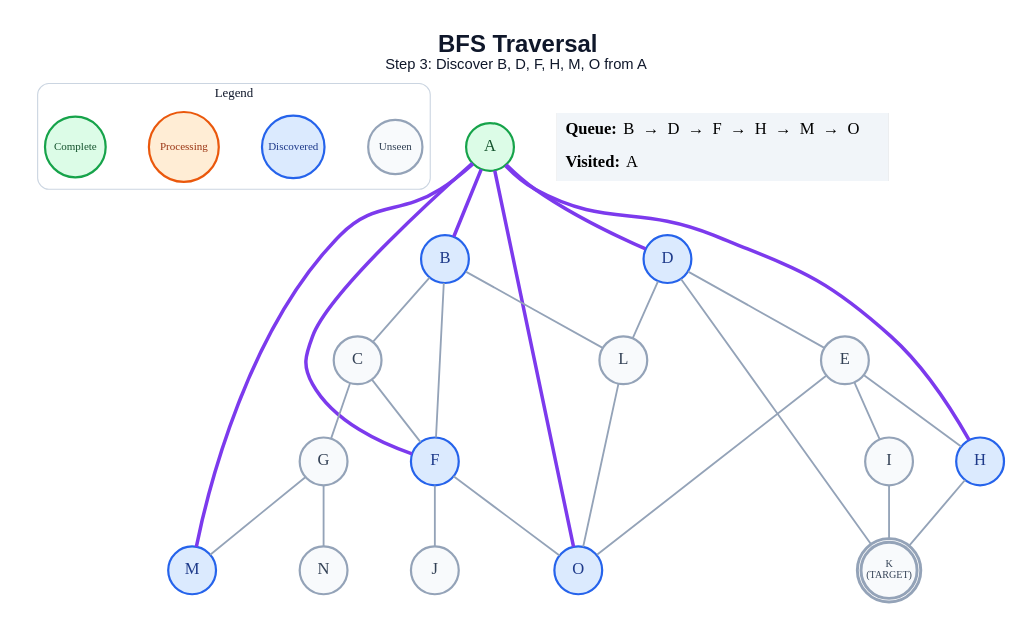
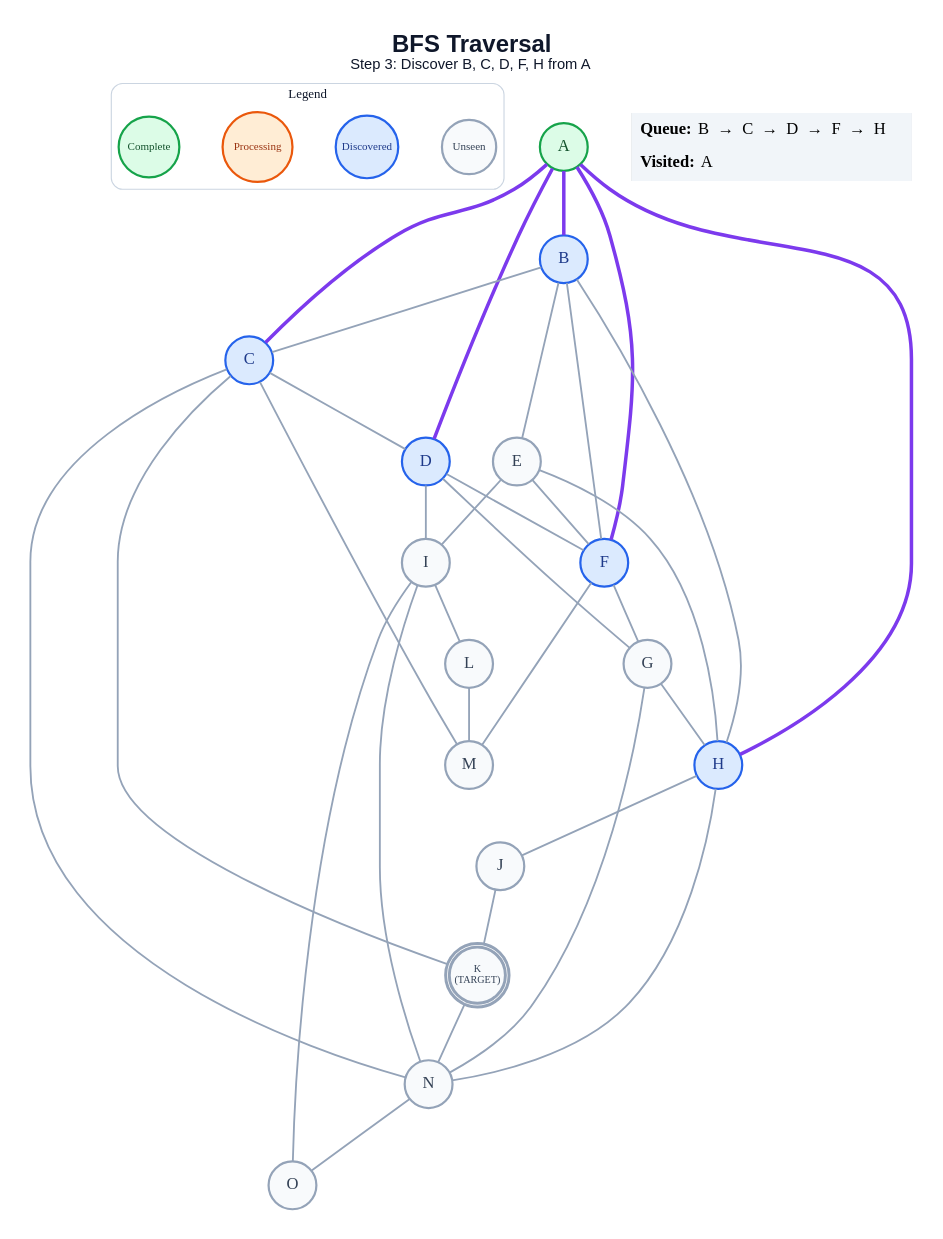
One commit to anon7238593-create/ai-slop changed the diagram in generated/bfs/step_03.dot. Above: the diagram before and after it, drawn with Graphviz. The commit also changed 249 other files, not shown here.

```diff
--- a/generated/bfs/step_03.dot
+++ b/generated/bfs/step_03.dot
@@ -1,58 +1,66 @@
 graph traversal {
   graph [layout=dot, rankdir=TB, bgcolor="#FFFFFF", pad="0.35", nodesep="0.65", ranksep="0.8", fontname="Arial"];
   node [shape=circle, style="filled", fontname="Arial Bold", fontsize=18, width=0.72, fixedsize=true, penwidth=2.4];
   edge [color="#94A3B8", penwidth=2.0];
-  label=<<B>BFS Traversal</B><BR/><FONT POINT-SIZE="16">Step 3: Discover B, D, F, H, M, O from A</FONT>>; labelloc="t"; fontsize=26; fontname="Arial"; fontcolor="#0F172A";
+  label=<<B>BFS Traversal</B><BR/><FONT POINT-SIZE="16">Step 3: Discover B, C, D, F, H from A</FONT>>; labelloc="t"; fontsize=26; fontname="Arial"; fontcolor="#0F172A";
   subgraph cluster_legend { label="Legend"; color="#CBD5E1"; penwidth=1.2; style="rounded"; fontsize=14; fontname="Arial Bold";
     key_unseen [label="Unseen", fillcolor="#F8FAFC", color="#94A3B8", fontcolor="#334155", fontsize=12, width=0.82];
     key_frontier [label="Discovered", fillcolor="#DBEAFE", color="#2563EB", fontcolor="#1E3A8A", fontsize=12, width=0.95];
     key_current [label="Processing", fillcolor="#FFEDD5", color="#EA580C", fontcolor="#9A3412", fontsize=12, width=1.05];
     key_done [label="Complete", fillcolor="#DCFCE7", color="#16A34A", fontcolor="#14532D", fontsize=12, width=0.92];
     { rank=same; key_unseen; key_frontier; key_current; key_done; }
   }
   A [label="A", fillcolor="#DCFCE7", color="#16A34A", fontcolor="#14532D", peripheries=1, penwidth=2.4];
   B [label="B", fillcolor="#DBEAFE", color="#2563EB", fontcolor="#1E3A8A", peripheries=1, penwidth=2.4];
-  C [label="C", fillcolor="#F8FAFC", color="#94A3B8", fontcolor="#334155", peripheries=1, penwidth=2.4];
+  C [label="C", fillcolor="#DBEAFE", color="#2563EB", fontcolor="#1E3A8A", peripheries=1, penwidth=2.4];
   D [label="D", fillcolor="#DBEAFE", color="#2563EB", fontcolor="#1E3A8A", peripheries=1, penwidth=2.4];
   E [label="E", fillcolor="#F8FAFC", color="#94A3B8", fontcolor="#334155", peripheries=1, penwidth=2.4];
   F [label="F", fillcolor="#DBEAFE", color="#2563EB", fontcolor="#1E3A8A", peripheries=1, penwidth=2.4];
   G [label="G", fillcolor="#F8FAFC", color="#94A3B8", fontcolor="#334155", peripheries=1, penwidth=2.4];
   H [label="H", fillcolor="#DBEAFE", color="#2563EB", fontcolor="#1E3A8A", peripheries=1, penwidth=2.4];
   I [label="I", fillcolor="#F8FAFC", color="#94A3B8", fontcolor="#334155", peripheries=1, penwidth=2.4];
   J [label="J", fillcolor="#F8FAFC", color="#94A3B8", fontcolor="#334155", peripheries=1, penwidth=2.4];
   K [label="K\n(TARGET)", fillcolor="#F8FAFC", color="#94A3B8", fontcolor="#334155", peripheries=2, penwidth=3.2, fontsize=11, width=0.85, height=0.85];
   L [label="L", fillcolor="#F8FAFC", color="#94A3B8", fontcolor="#334155", peripheries=1, penwidth=2.4];
-  M [label="M", fillcolor="#DBEAFE", color="#2563EB", fontcolor="#1E3A8A", peripheries=1, penwidth=2.4];
+  M [label="M", fillcolor="#F8FAFC", color="#94A3B8", fontcolor="#334155", peripheries=1, penwidth=2.4];
   N [label="N", fillcolor="#F8FAFC", color="#94A3B8", fontcolor="#334155", peripheries=1, penwidth=2.4];
-  O [label="O", fillcolor="#DBEAFE", color="#2563EB", fontcolor="#1E3A8A", peripheries=1, penwidth=2.4];
+  O [label="O", fillcolor="#F8FAFC", color="#94A3B8", fontcolor="#334155", peripheries=1, penwidth=2.4];
   A -- B [color="#7C3AED", penwidth=3.8];
+  A -- C [color="#7C3AED", penwidth=3.8];
   A -- D [color="#7C3AED", penwidth=3.8];
   A -- F [color="#7C3AED", penwidth=3.8];
   A -- H [color="#7C3AED", penwidth=3.8];
-  A -- M [color="#7C3AED", penwidth=3.8];
-  A -- O [color="#7C3AED", penwidth=3.8];
   B -- C;
+  B -- E;
   B -- F;
-  B -- L;
-  C -- F;
-  C -- G;
-  D -- E;
-  D -- K;
-  D -- L;
+  B -- H;
+  C -- D;
+  C -- K;
+  C -- M;
+  C -- N;
+  D -- F;
+  D -- G;
+  D -- I;
+  E -- F;
   E -- H;
   E -- I;
-  E -- O;
-  F -- J;
-  F -- O;
-  G -- M;
+  F -- G;
+  F -- M;
+  G -- H;
   G -- N;
-  H -- K;
-  I -- K;
-  L -- O;
+  H -- J;
+  H -- N;
+  I -- L;
+  I -- N;
+  I -- O;
+  J -- K;
+  K -- N;
+  L -- M;
+  N -- O;
   status [shape=plain, fixedsize=false, width=0, height=0, margin=0, label=<
     <TABLE BORDER="0" CELLBORDER="0" CELLPADDING="7" BGCOLOR="#F1F5F9">
-      <TR><TD ALIGN="LEFT"><B>Queue:</B> B  →  D  →  F  →  H  →  M  →  O</TD></TR>
+      <TR><TD ALIGN="LEFT"><B>Queue:</B> B  →  C  →  D  →  F  →  H</TD></TR>
       <TR><TD ALIGN="LEFT"><B>Visited:</B> A</TD></TR>
     </TABLE>
   >];
 }
```
